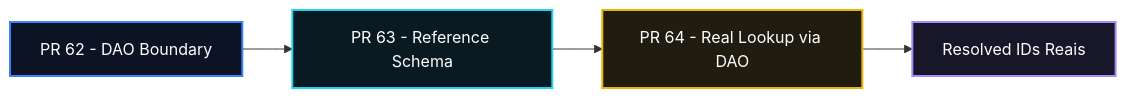
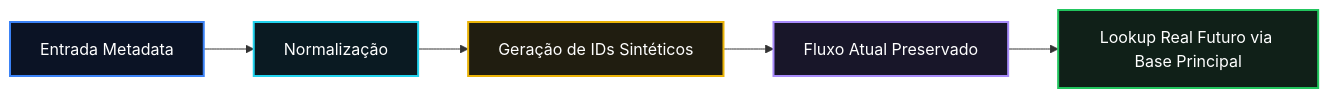
Before and after one commit to matheusdiamantino-betalent/questions-ai: the diagram in PR 63 — Fase 2: Foundation Relacional para Resolução de IDs.md, drawn with Mermaid. The commit also changed other lines of this file, not shown here.

Commit message:
Update PR 63 — Fase 2: Foundation Relacional para Resolução de IDs.md

````diff
--- a/PR 63 — Fase 2: Foundation Relacional para Resolução de IDs.md
+++ b/PR 63 — Fase 2: Foundation Relacional para Resolução de IDs.md
@@ -79,16 +78,19 @@
 ```mermaid
 flowchart LR
-    A[PR 62 - DAO Boundary] --> B[PR 63 - Reference Schema]
-    B --> C[PR 64 - Real Lookup via DAO]
-    C --> D[Resolved IDs Reais]
+    A[Entrada Metadata] --> B[Normalização]
+    B --> C[Geração de IDs Sintéticos]
+    C --> D[Fluxo Atual Preservado]
+    D --> E[Lookup Real Futuro via Base Principal]
 
     classDef step1 fill:#0b1325,stroke:#3b82f6,stroke-width:2px,color:#ffffff;
     classDef step2 fill:#0a1a22,stroke:#22d3ee,stroke-width:2px,color:#ffffff;
     classDef step3 fill:#201d10,stroke:#eab308,stroke-width:2px,color:#ffffff;
     classDef step4 fill:#181629,stroke:#a78bfa,stroke-width:2px,color:#ffffff;
+    classDef step5 fill:#102018,stroke:#22c55e,stroke-width:2px,color:#ffffff;
 
     class A step1;
     class B step2;
     class C step3;
     class D step4;
+    class E step5;
 ```
````
